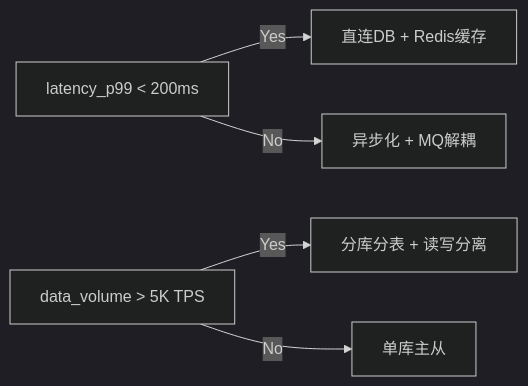
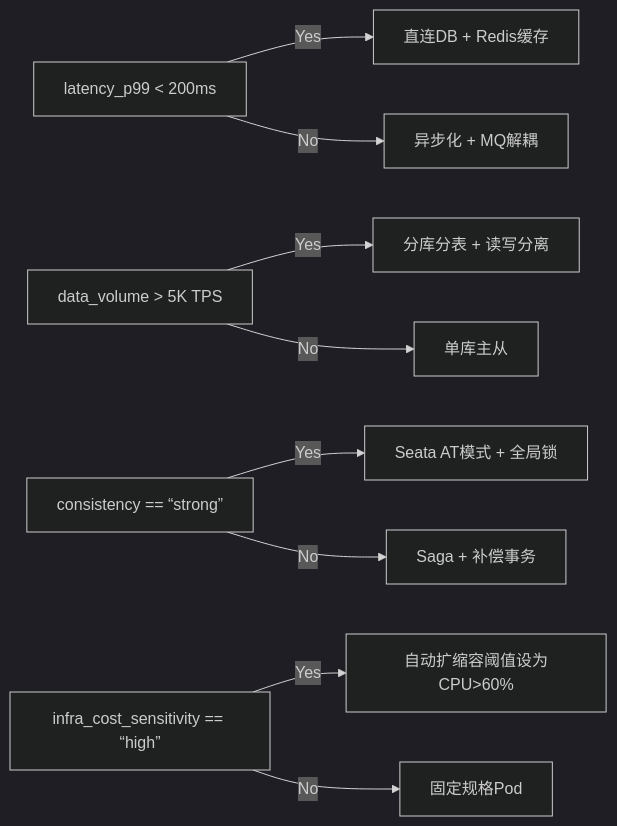
One commit to liuwei1993/ai-llm-agent-knowledge changed the diagram in 15-架构设计模式/场景化架构设计.md. Above: the diagram before and after it, drawn with Mermaid (dark theme). The commit also changed other lines of this file and 1 other file, not shown here.

````diff
--- a/15-架构设计模式/场景化架构设计.md
+++ b/15-架构设计模式/场景化架构设计.md
@@ -53,7 +62,11 @@
    ```mermaid
    graph LR
    A[latency_p99 < 200ms] -->|Yes| B[直连DB + Redis缓存]
    A -->|No| C[异步化 + MQ解耦]
    D[data_volume > 5K TPS] -->|Yes| E[分库分表 + 读写分离]
    D -->|No| F[单库主从]
+   G[consistency == “strong”] -->|Yes| H[Seata AT模式 + 全局锁]
+   G -->|No| I[Saga + 补偿事务]
+   J[infra_cost_sensitivity == “high”] -->|Yes| K[自动扩缩容阈值设为CPU>60%]
+   J -->|No| L[固定规格Pod]
    ```
````
